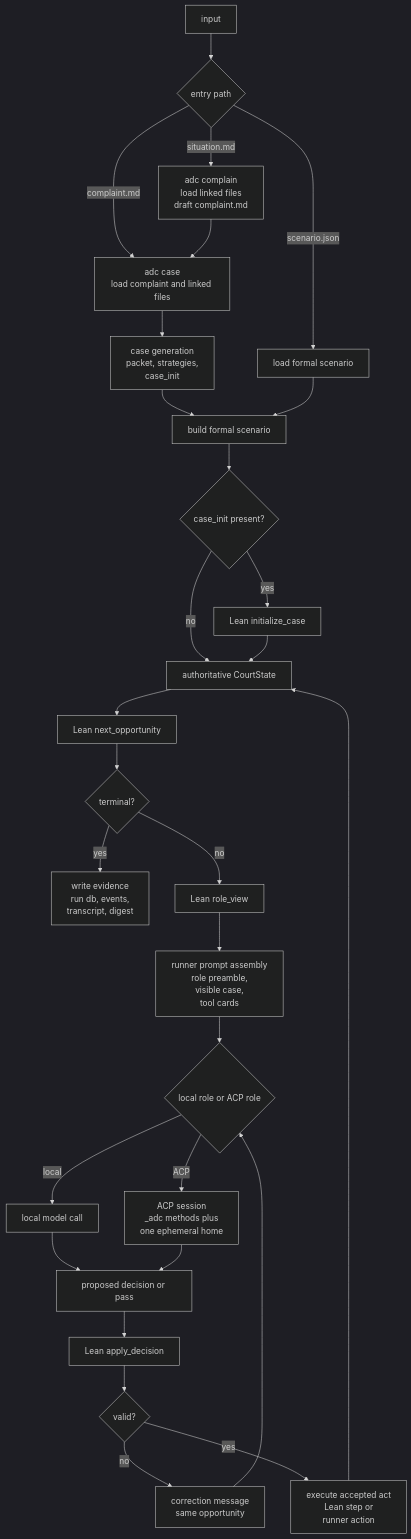
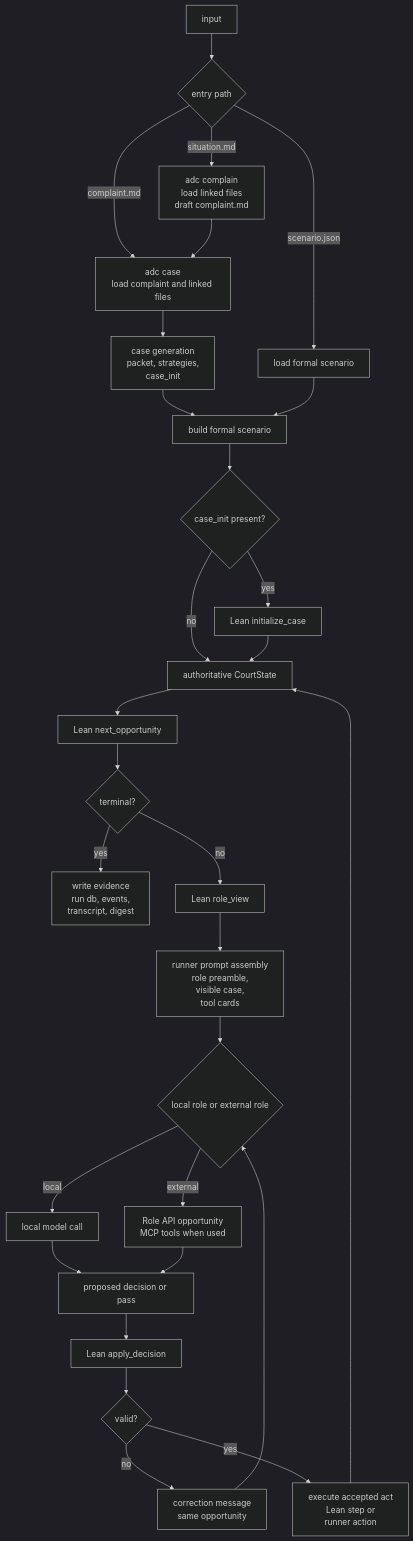
One commit to agentcourt/adjudication changed the diagram in adc/analysis/formal-pipeline.mmd. Above: the diagram before and after it, drawn with Mermaid (dark theme). The commit also changed 69 other files, not shown here.

Commit message:
Add ADC service and local agent run

```diff
--- a/adc/analysis/formal-pipeline.mmd
+++ b/adc/analysis/formal-pipeline.mmd
@@ -1,32 +1,32 @@
 flowchart TD
     A[input] --> B{entry path}
     B -->|situation.md| C[adc complain\nload linked files\ndraft complaint.md]
     B -->|complaint.md| D[adc case\nload complaint and linked files]
     B -->|scenario.json| E[load formal scenario]
 
     C --> D
     D --> F[case generation\npacket, strategies,\ncase_init]
     F --> G[build formal scenario]
     E --> G
 
     G --> H{case_init present?}
     H -- yes --> I[Lean initialize_case]
     H -- no --> J[authoritative CourtState]
     I --> J
 
     J --> K[Lean next_opportunity]
     K --> L{terminal?}
     L -- yes --> W[write evidence\nrun db, events,\ntranscript, digest]
     L -- no --> M[Lean role_view]
     M --> N[runner prompt assembly\nrole preamble,\nvisible case,\ntool cards]
-    N --> O{local role or ACP role}
+    N --> O{local role or external role}
     O -->|local| P[local model call]
-    O -->|ACP| Q[ACP session\n_adc methods plus\none ephemeral home]
+    O -->|external| Q[Role API opportunity\nMCP tools when used]
     P --> R[proposed decision or pass]
     Q --> R
     R --> S[Lean apply_decision]
     S --> T{valid?}
     T -- no --> U[correction message\nsame opportunity]
     U --> O
     T -- yes --> V[execute accepted act\nLean step or\nrunner action]
     V --> J
```
